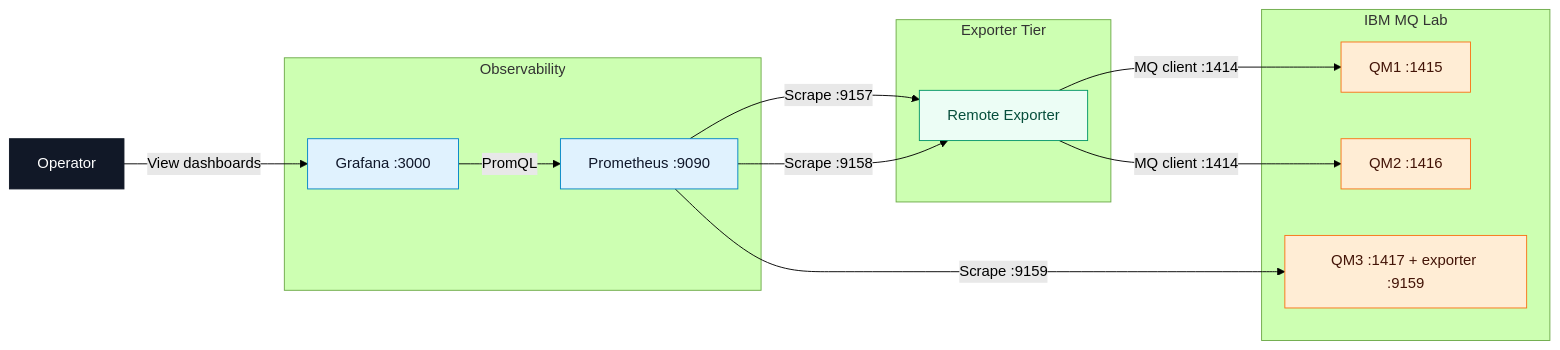
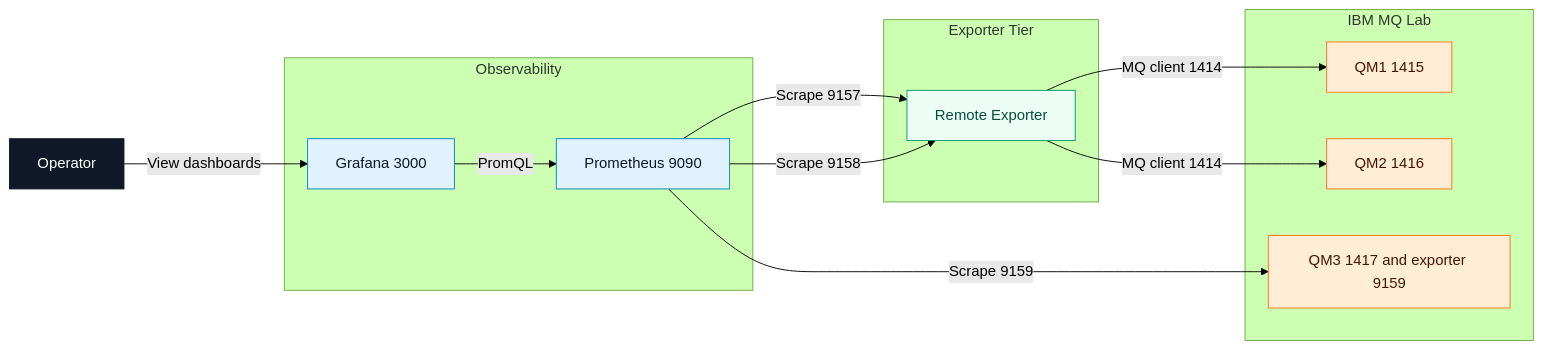
The diagram in README.md (aztekmq/ibmmq_metrics_exporter), drawn with Mermaid (forest theme) before and after one commit.

Commit message:
Refine subscription and topic metric coverage

````diff
--- a/README.md
+++ b/README.md
@@ -38,40 +38,37 @@
 ```mermaid
-flowchart LR
-    User["Operator"]
+graph LR
+    User[Operator]
 
-    subgraph Observe["Observability"]
-        G["Grafana :3000"]
-        P["Prometheus :9090"]
+    subgraph Observe[Observability]
+        G[Grafana 3000]
+        P[Prometheus 9090]
     end
 
-    subgraph Exporters["Exporter Tier"]
-        E["Remote Exporter"]
+    subgraph Exporters[Exporter Tier]
+        E[Remote Exporter]
     end
 
-    subgraph MQ["IBM MQ Lab"]
-        Q1["QM1 :1415"]
-        Q2["QM2 :1416"]
-        Q3["QM3 :1417 + exporter :9159"]
+    subgraph MQ[IBM MQ Lab]
+        Q1[QM1 1415]
+        Q2[QM2 1416]
+        Q3[QM3 1417 and exporter 9159]
     end
 
     User -->|View dashboards| G
     G -->|PromQL| P
 
-    P -->|Scrape :9157| E
-    P -->|Scrape :9158| E
-    P -->|Scrape :9159| Q3
+    P -->|Scrape 9157| E
+    P -->|Scrape 9158| E
+    P -->|Scrape 9159| Q3
 
-    E -->|MQ client :1414| Q1
-    E -->|MQ client :1414| Q2
+    E -->|MQ client 1414| Q1
+    E -->|MQ client 1414| Q2
 
-    classDef user fill:#111827,stroke:#111827,color:#ffffff
-    classDef observe fill:#e0f2fe,stroke:#0284c7,color:#0f172a
-    classDef exporter fill:#ecfdf5,stroke:#059669,color:#064e3b
-    classDef mq fill:#fff7ed,stroke:#ea580c,color:#431407
-    classDef qmgr fill:#ffedd5,stroke:#f97316,color:#431407
-
-    class User user
-    class G,P observe
-    class E exporter
-    class Q1,Q2,Q3 qmgr
+    style User fill:#111827,stroke:#111827,color:#ffffff
+    style G fill:#e0f2fe,stroke:#0284c7,color:#0f172a
+    style P fill:#e0f2fe,stroke:#0284c7,color:#0f172a
+    style E fill:#ecfdf5,stroke:#059669,color:#064e3b
+    style Q1 fill:#ffedd5,stroke:#f97316,color:#431407
+    style Q2 fill:#ffedd5,stroke:#f97316,color:#431407
+    style Q3 fill:#ffedd5,stroke:#f97316,color:#431407
 ```
````
